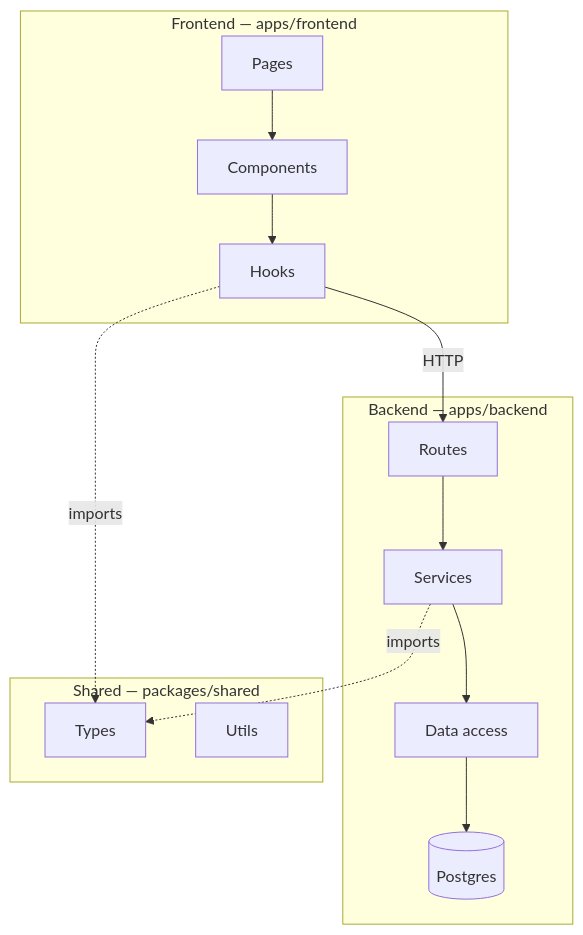
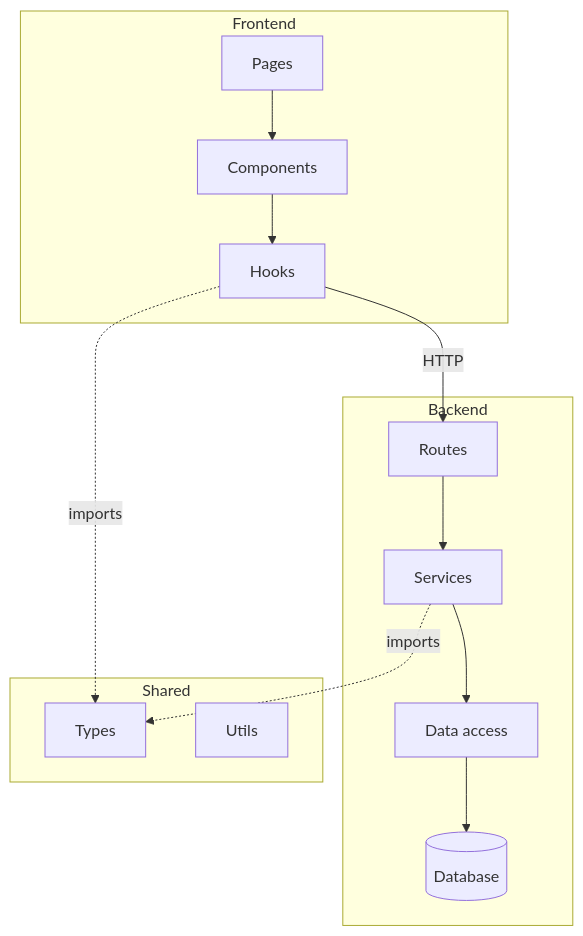
The diagram in .claude/commands/architecture.md (sagunji/eng-workflows), drawn with Mermaid before and after one commit. The commit also changed other lines of this file and 36 other files, not shown here.

````diff
--- a/.claude/commands/architecture.md
+++ b/.claude/commands/architecture.md
@@ -132,33 +142,33 @@
 ```mermaid
 graph TB
-  subgraph "Frontend — apps/frontend"
+  subgraph "Frontend"
     Pages[Pages]
     Components[Components]
     Hooks[Hooks]
   end
 
-  subgraph "Backend — apps/backend"
+  subgraph "Backend"
     Routes[Routes]
     Services[Services]
     DAL[Data access]
-    DB[(Postgres)]
+    DB[(Database)]
   end
 
-  subgraph "Shared — packages/shared"
+  subgraph "Shared"
     Types[Types]
     Utils[Utils]
   end
 
   Pages --> Components
   Components --> Hooks
   Hooks -->|HTTP| Routes
   Routes --> Services
   Services --> DAL
   DAL --> DB
 
   Hooks -.->|imports| Types
   Services -.->|imports| Types
 
   %% Violations — mark in red if any found
   %% Routes -.->|🔴 violation| DB
 ```
````
